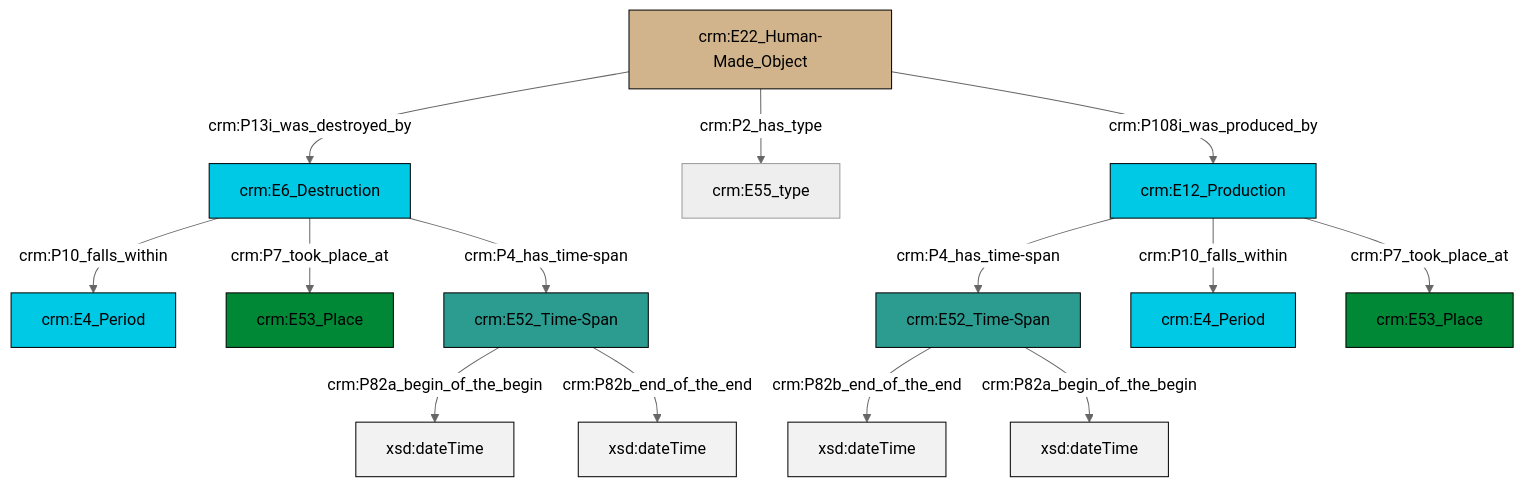
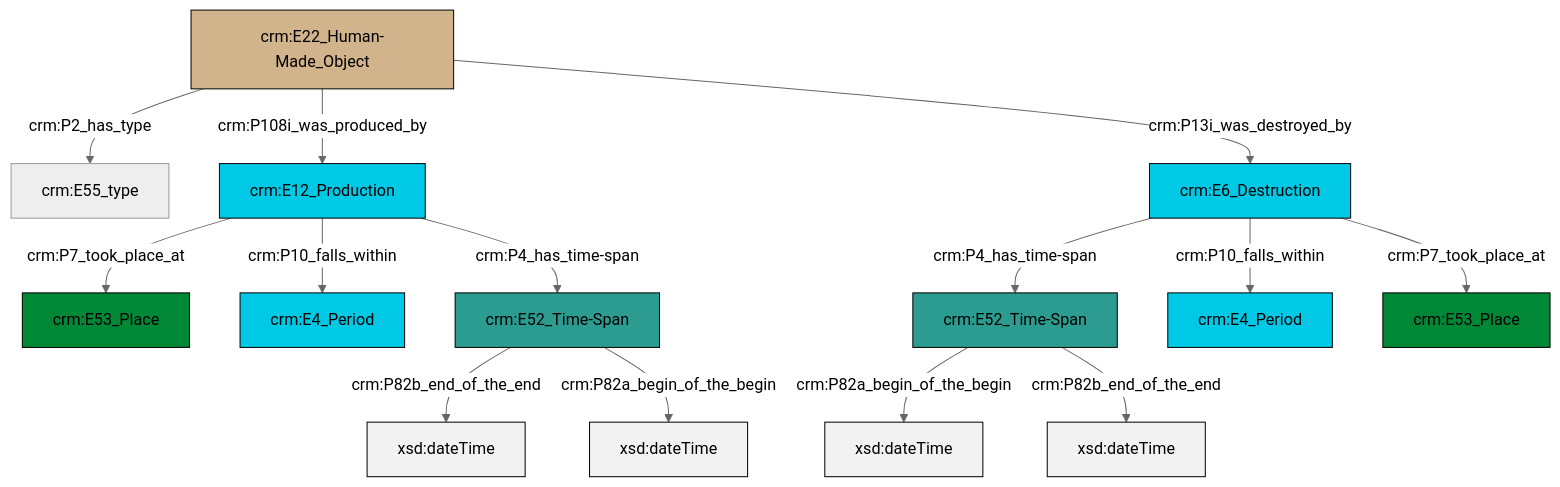
The diagram in et/builtWorkCSV/ttl/mmd/Built_Work_existence.ttl.mmd (swiss-art-research-net/reference-data-models), drawn with Mermaid (neutral theme) before and after one commit. The commit also changed 128 other files, not shown here.

```diff
--- a/et/builtWorkCSV/ttl/mmd/Built_Work_existence.ttl.mmd
+++ b/et/builtWorkCSV/ttl/mmd/Built_Work_existence.ttl.mmd
@@ -1,28 +1,28 @@
 graph TD
 classDef Literal fill:#f2f2f2,stroke:#000000;
 classDef CRM_Entity fill:#FFFFFF,stroke:#000000;
 classDef Temporal_Entity fill:#00C9E6, stroke:#000000;
 classDef Type fill:#E18312, stroke:#000000;
 classDef Time-Span fill:#2C9C91, stroke:#000000;
 classDef Appellation fill:#FFEB7F, stroke:#000000;
 classDef Place fill:#008836, stroke:#000000;
 classDef Persistent_Item fill:#B266B2, stroke:#000000;
 classDef Conceptual_Object fill:#FFD700, stroke:#000000;
 classDef Physical_Thing fill:#D2B48C, stroke:#000000;
 classDef Actor fill:#f58aad, stroke:#000000;
 classDef PC_Classes fill:#4ce600, stroke:#000000;
 classDef Multi fill:#cccccc,stroke:#000000;
 
-2["crm:E52_Time-Span"]:::Time-Span -->|crm:P82b_end_of_the_end| 3[xsd:dateTime]:::Literal
-2["crm:E52_Time-Span"]:::Time-Span -->|crm:P82a_begin_of_the_begin| 6[xsd:dateTime]:::Literal
-7["crm:E22_Human-Made_Object"]:::Physical_Thing -->|crm:P13i_was_destroyed_by| 8["crm:E6_Destruction"]:::Temporal_Entity
-8["crm:E6_Destruction"]:::Temporal_Entity -->|crm:P10_falls_within| 9["crm:E4_Period"]:::Temporal_Entity
-4["crm:E12_Production"]:::Temporal_Entity -->|crm:P4_has_time-span| 2["crm:E52_Time-Span"]:::Time-Span
-4["crm:E12_Production"]:::Temporal_Entity -->|crm:P10_falls_within| 14["crm:E4_Period"]:::Temporal_Entity
-4["crm:E12_Production"]:::Temporal_Entity -->|crm:P7_took_place_at| 10["crm:E53_Place"]:::Place
-0["crm:E52_Time-Span"]:::Time-Span -->|crm:P82a_begin_of_the_begin| 18[xsd:dateTime]:::Literal
-7["crm:E22_Human-Made_Object"]:::Physical_Thing -->|crm:P2_has_type| 16["crm:E55_type"]:::Default
-8["crm:E6_Destruction"]:::Temporal_Entity -->|crm:P7_took_place_at| 21["crm:E53_Place"]:::Place
-7["crm:E22_Human-Made_Object"]:::Physical_Thing -->|crm:P108i_was_produced_by| 4["crm:E12_Production"]:::Temporal_Entity
-0["crm:E52_Time-Span"]:::Time-Span -->|crm:P82b_end_of_the_end| 23[xsd:dateTime]:::Literal
-8["crm:E6_Destruction"]:::Temporal_Entity -->|crm:P4_has_time-span| 0["crm:E52_Time-Span"]:::Time-Span
+0["crm:E22_Human-Made_Object"]:::Physical_Thing -->|crm:P2_has_type| 1["crm:E55_type"]:::Default
+4["crm:E12_Production"]:::Temporal_Entity -->|crm:P10_falls_within| 5["crm:E4_Period"]:::Temporal_Entity
+0["crm:E22_Human-Made_Object"]:::Physical_Thing -->|crm:P108i_was_produced_by| 4["crm:E12_Production"]:::Temporal_Entity
+0["crm:E22_Human-Made_Object"]:::Physical_Thing -->|crm:P13i_was_destroyed_by| 9["crm:E6_Destruction"]:::Temporal_Entity
+11["crm:E52_Time-Span"]:::Time-Span -->|crm:P82b_end_of_the_end| 12[xsd:dateTime]:::Literal
+9["crm:E6_Destruction"]:::Temporal_Entity -->|crm:P4_has_time-span| 13["crm:E52_Time-Span"]:::Time-Span
+13["crm:E52_Time-Span"]:::Time-Span -->|crm:P82a_begin_of_the_begin| 16[xsd:dateTime]:::Literal
+4["crm:E12_Production"]:::Temporal_Entity -->|crm:P4_has_time-span| 11["crm:E52_Time-Span"]:::Time-Span
+9["crm:E6_Destruction"]:::Temporal_Entity -->|crm:P7_took_place_at| 17["crm:E53_Place"]:::Place
+11["crm:E52_Time-Span"]:::Time-Span -->|crm:P82a_begin_of_the_begin| 19[xsd:dateTime]:::Literal
+13["crm:E52_Time-Span"]:::Time-Span -->|crm:P82b_end_of_the_end| 22[xsd:dateTime]:::Literal
+4["crm:E12_Production"]:::Temporal_Entity -->|crm:P7_took_place_at| 2["crm:E53_Place"]:::Place
+9["crm:E6_Destruction"]:::Temporal_Entity -->|crm:P10_falls_within| 14["crm:E4_Period"]:::Temporal_Entity
```
